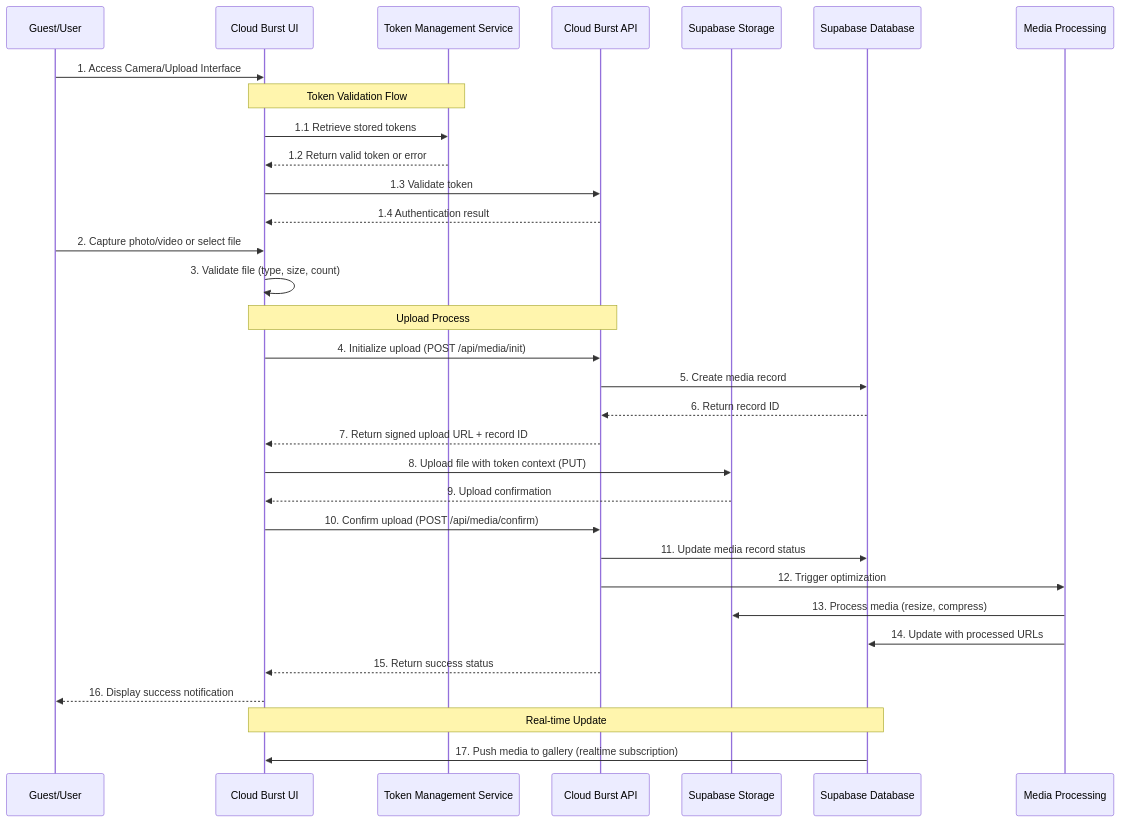
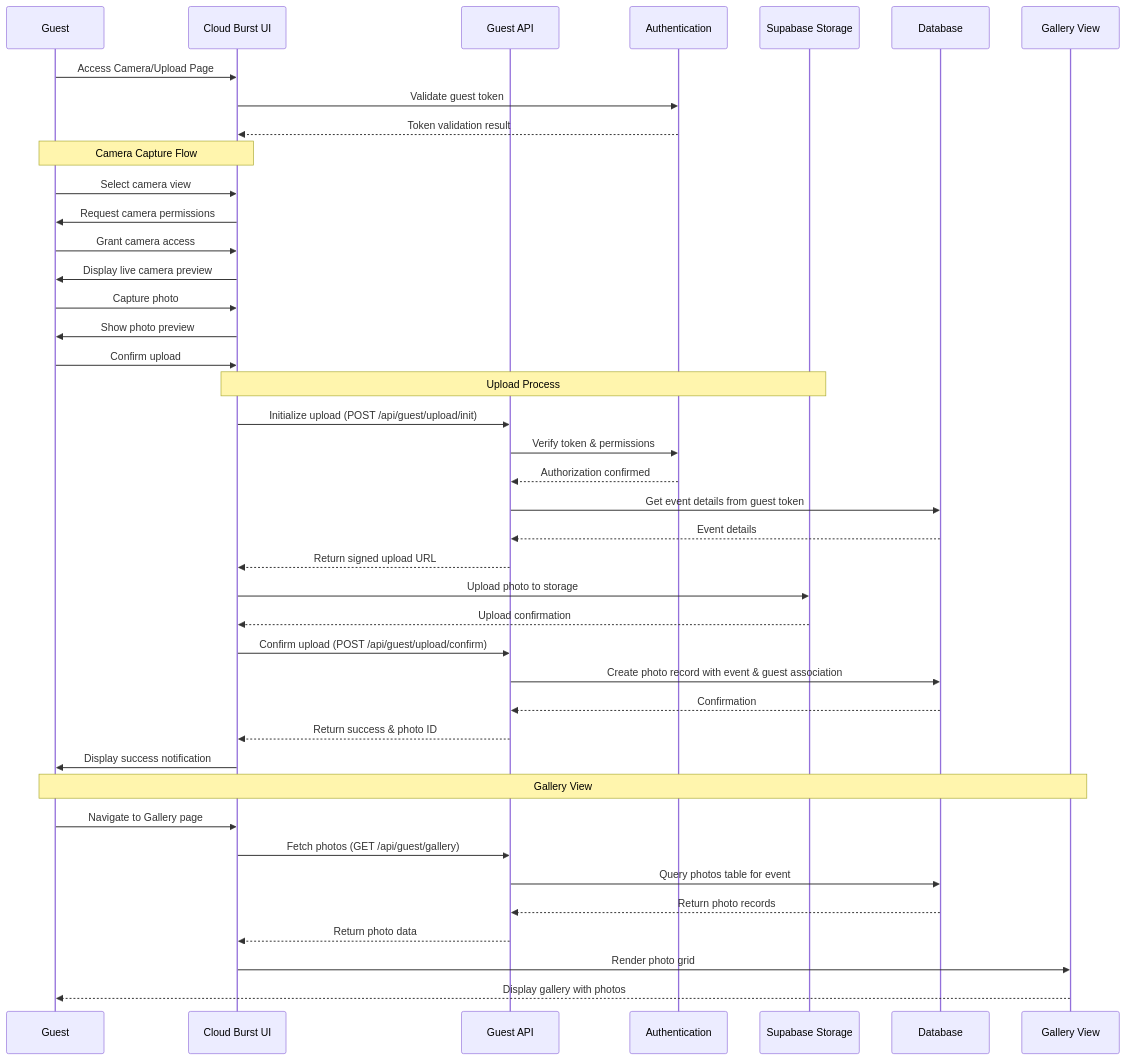
One commit to mrj0nesmtl/cloud-burst changed the diagram in docs/user-flows/media-upload-sequence.md. Above: the diagram before and after it, drawn with Mermaid. The commit also changed other lines of this file and 3 other files, not shown here.

Commit message:
Prepare Session 42-B documentation for photo upload QA and troubleshooting

````diff
--- a/docs/user-flows/media-upload-sequence.md
+++ b/docs/user-flows/media-upload-sequence.md
@@ -14,43 +14,49 @@
 ```mermaid
 sequenceDiagram
-    participant Guest as Guest/User
+    participant Guest as Guest
     participant UI as Cloud Burst UI
-    participant TMS as Token Management Service
-    participant API as Cloud Burst API
+    participant GuestAPI as Guest API
+    participant Auth as Authentication
     participant Storage as Supabase Storage
-    participant DB as Supabase Database
-    participant Processing as Media Processing
+    participant DB as Database
+    participant Gallery as Gallery View
 
-    Guest->>UI: 1. Access Camera/Upload Interface
+    Guest->>UI: Access Camera/Upload Page
+    UI->>Auth: Validate guest token
+    Auth-->>UI: Token validation result
     
-    Note over UI,TMS: Token Validation Flow
-    UI->>TMS: 1.1 Retrieve stored tokens
-    TMS-->>UI: 1.2 Return valid token or error
-    UI->>API: 1.3 Validate token
-    API-->>UI: 1.4 Authentication result
-
-    Guest->>UI: 2. Capture photo/video or select file
-    UI->>UI: 3. Validate file (type, size, count)
+    Note over Guest,UI: Camera Capture Flow
+    Guest->>UI: Select camera view
+    UI->>Guest: Request camera permissions
+    Guest->>UI: Grant camera access
+    UI->>Guest: Display live camera preview
+    Guest->>UI: Capture photo
+    UI->>Guest: Show photo preview
+    Guest->>UI: Confirm upload
     
-    Note over UI,API: Upload Process
-    UI->>API: 4. Initialize upload (POST /api/media/init)
-    API->>DB: 5. Create media record
-    DB-->>API: 6. Return record ID
-    API-->>UI: 7. Return signed upload URL + record ID
+    Note over UI,Storage: Upload Process
+    UI->>GuestAPI: Initialize upload (POST /api/guest/upload/init)
+    GuestAPI->>Auth: Verify token & permissions
+    Auth-->>GuestAPI: Authorization confirmed
+    GuestAPI->>DB: Get event details from guest token
+    DB-->>GuestAPI: Event details
+    GuestAPI-->>UI: Return signed upload URL
     
-    UI->>Storage: 8. Upload file with token context (PUT)
-    Storage-->>UI: 9. Upload confirmation
+    UI->>Storage: Upload photo to storage
+    Storage-->>UI: Upload confirmation
     
-    UI->>API: 10. Confirm upload (POST /api/media/confirm)
-    API->>DB: 11. Update media record status
-    API->>Processing: 12. Trigger optimization
+    UI->>GuestAPI: Confirm upload (POST /api/guest/upload/confirm)
+    GuestAPI->>DB: Create photo record with event & guest association
+    DB-->>GuestAPI: Confirmation
+    GuestAPI-->>UI: Return success & photo ID
+    UI->>Guest: Display success notification
     
-    Processing->>Storage: 13. Process media (resize, compress)
-    Processing->>DB: 14. Update with processed URLs
-    
-    API-->>UI: 15. Return success status
-    UI-->>Guest: 16. Display success notification
-    
-    Note over UI,DB: Real-time Update
-    DB->>UI: 17. Push media to gallery (realtime subscription)
+    Note over Guest,Gallery: Gallery View
+    Guest->>UI: Navigate to Gallery page
+    UI->>GuestAPI: Fetch photos (GET /api/guest/gallery)
+    GuestAPI->>DB: Query photos table for event
+    DB-->>GuestAPI: Return photo records
+    GuestAPI-->>UI: Return photo data
+    UI->>Gallery: Render photo grid
+    Gallery-->>Guest: Display gallery with photos
 ```
````
